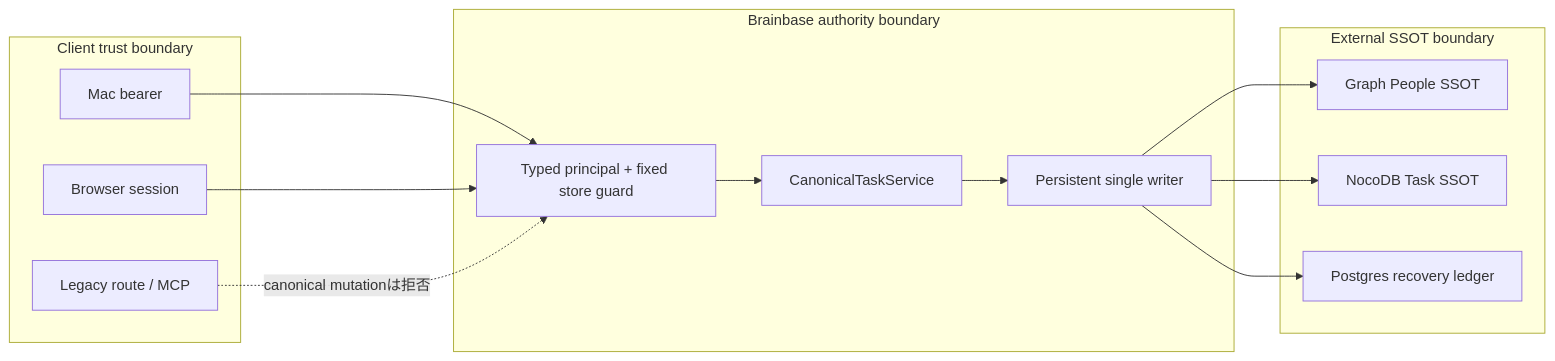
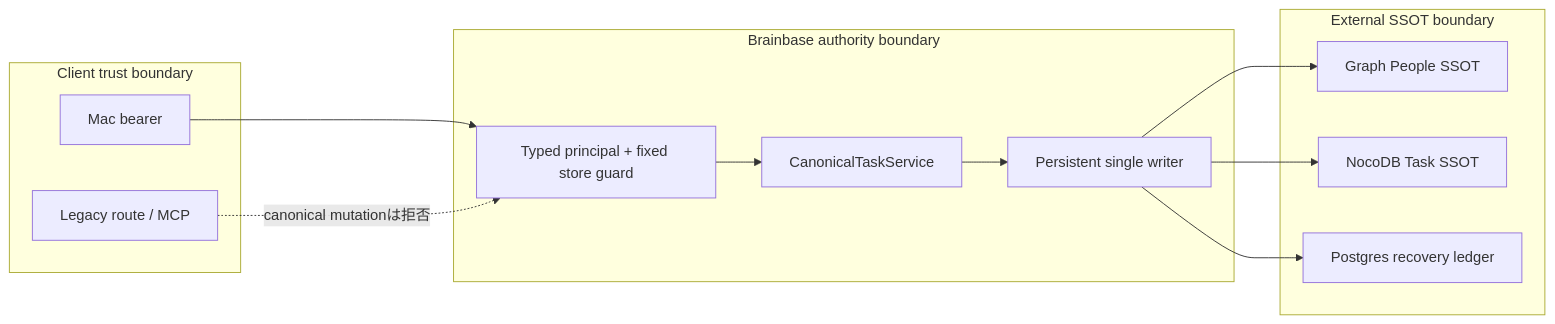
Before and after one commit to Unson-LLC/brainbase: the fourth of 4 diagrams in docs/specs/story-companion-canonical-task-provider-spec.md, drawn with Mermaid. The commit also changed other lines of this file and 18 other files, not shown here.

````diff
--- a/docs/specs/story-companion-canonical-task-provider-spec.md
+++ b/docs/specs/story-companion-canonical-task-provider-spec.md
@@ -167,25 +170,23 @@
 ```mermaid
 flowchart LR
   subgraph Untrusted["Client trust boundary"]
     Mac["Mac bearer"]
-    Browser["Browser session"]
     Legacy["Legacy route / MCP"]
   end
   subgraph Authority["Brainbase authority boundary"]
     Guard["Typed principal + fixed store guard"]
     Service["CanonicalTaskService"]
     Writer["Persistent single writer"]
   end
   subgraph SSOT["External SSOT boundary"]
     People["Graph People SSOT"]
     Noco["NocoDB Task SSOT"]
     PG["Postgres recovery ledger"]
   end
   Mac --> Guard
-  Browser --> Guard
   Legacy -. "canonical mutationは拒否" .-> Guard
   Guard --> Service --> Writer
   Writer --> People
   Writer --> Noco
   Writer --> PG
 ```
````
